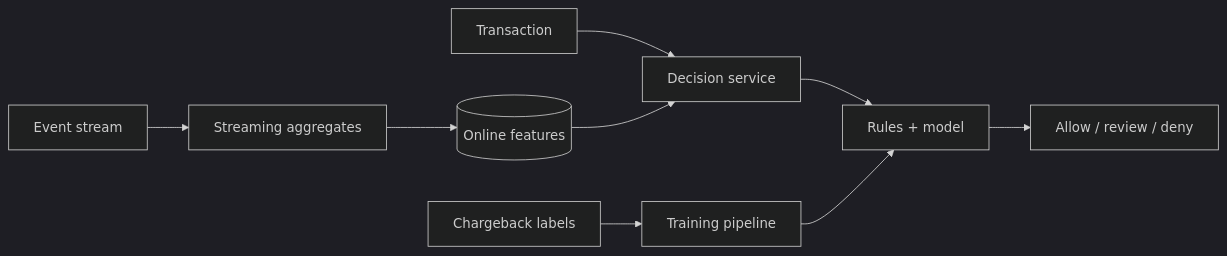
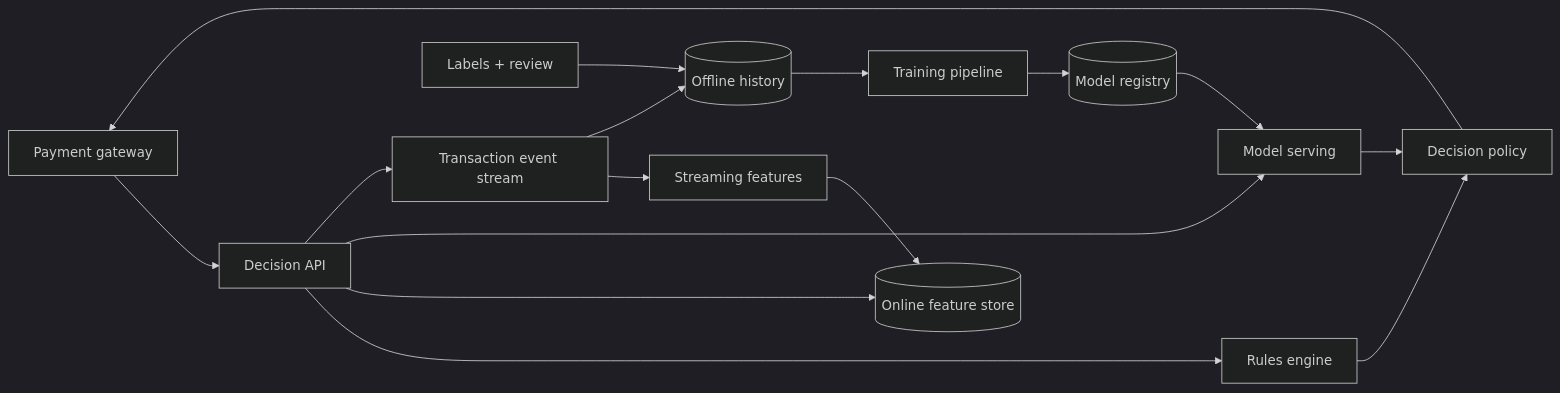
One commit to yangzichao/www changed the diagram in src/content/blog/system-design/fraud-detection.md. Above: the diagram before and after it, drawn with Mermaid (dark theme). The commit also changed other lines of this file and 18 other files, not shown here.

Commit message:
refactor: Revise URL Shortener design document to enhance clarity and detail on system evolution, API specifications, and architectural considerations

````diff
--- a/src/content/blog/system-design/fraud-detection.md
+++ b/src/content/blog/system-design/fraud-detection.md
@@ -80,11 +184,18 @@
 ```mermaid
 flowchart LR
-  T[Transaction] --> D[Decision service]
-  E[Event stream] --> S[Streaming aggregates]
-  S --> F[(Online features)]
-  F --> D
-  D --> R[Rules + model]
-  R --> O[Allow / review / deny]
-  L[Chargeback labels] --> M[Training pipeline]
-  M --> R
+  P[Payment gateway] --> D[Decision API]
+  D --> R[Rules engine]
+  D --> F[(Online feature store)]
+  D --> M[Model serving]
+  R --> X[Decision policy]
+  M --> X
+  X --> P
+  D --> E[Transaction event stream]
+  E --> S[Streaming features]
+  S --> F
+  E --> H[(Offline history)]
+  L[Labels + review] --> H
+  H --> T[Training pipeline]
+  T --> REG[(Model registry)]
+  REG --> M
 ```
````
